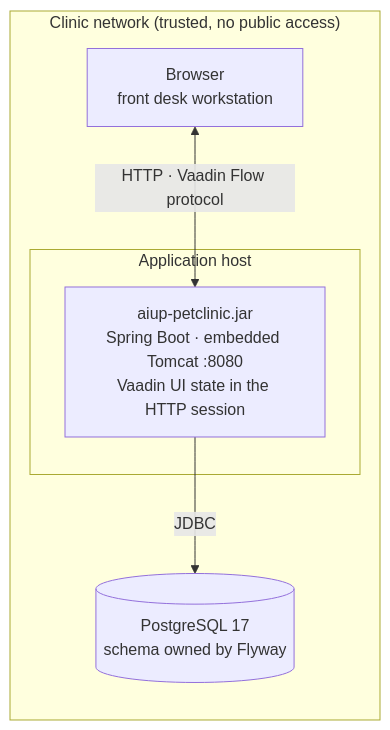
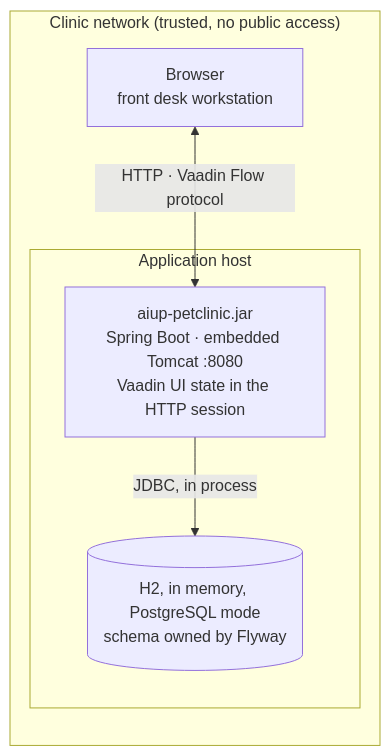
The diagram in docs/architecture/physical.md (AI-Unified-Process/petclinic), drawn with Mermaid before and after one commit. The commit also changed other lines of this file and 10 other files, not shown here.

````diff
--- a/docs/architecture/physical.md
+++ b/docs/architecture/physical.md
@@ -12,12 +12,12 @@
 ```mermaid
 flowchart LR
     subgraph clinic["Clinic network (trusted, no public access)"]
         B["Browser<br/>front desk workstation"]
         subgraph host["Application host"]
             APP["aiup-petclinic.jar<br/>Spring Boot · embedded Tomcat :8080<br/>Vaadin UI state in the HTTP session"]
+            DB[("H2, in memory, PostgreSQL mode<br/>schema owned by Flyway")]
         end
-        DB[("PostgreSQL 17<br/>schema owned by Flyway")]
     end
     B <-->|" HTTP · Vaadin Flow protocol "| APP
-    APP -->|JDBC| DB
+    APP -->|JDBC, in process| DB
 ```
````
